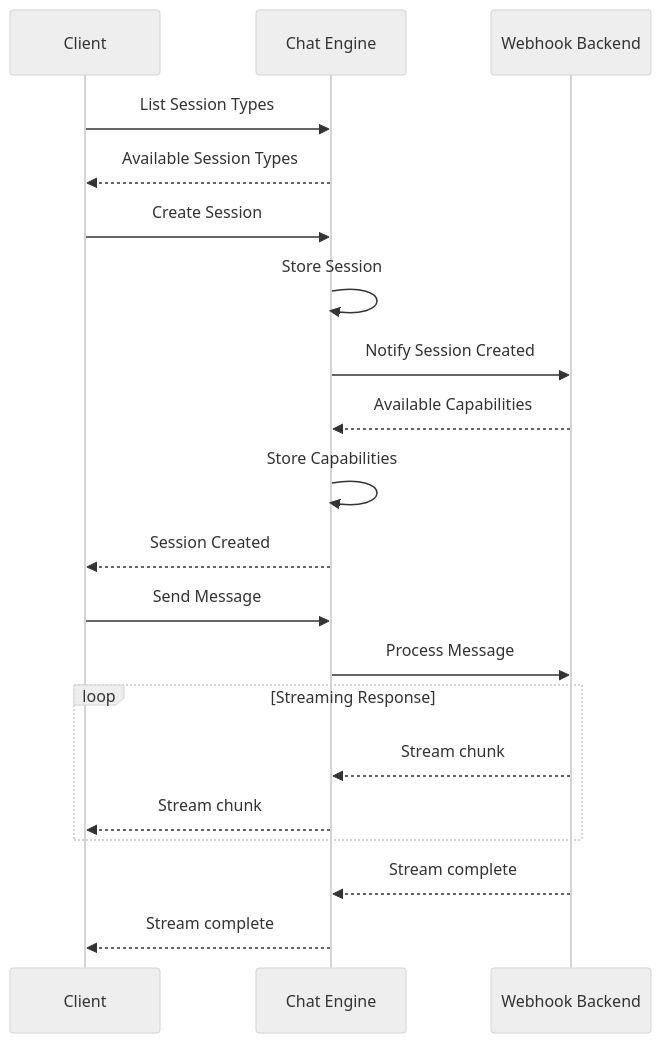
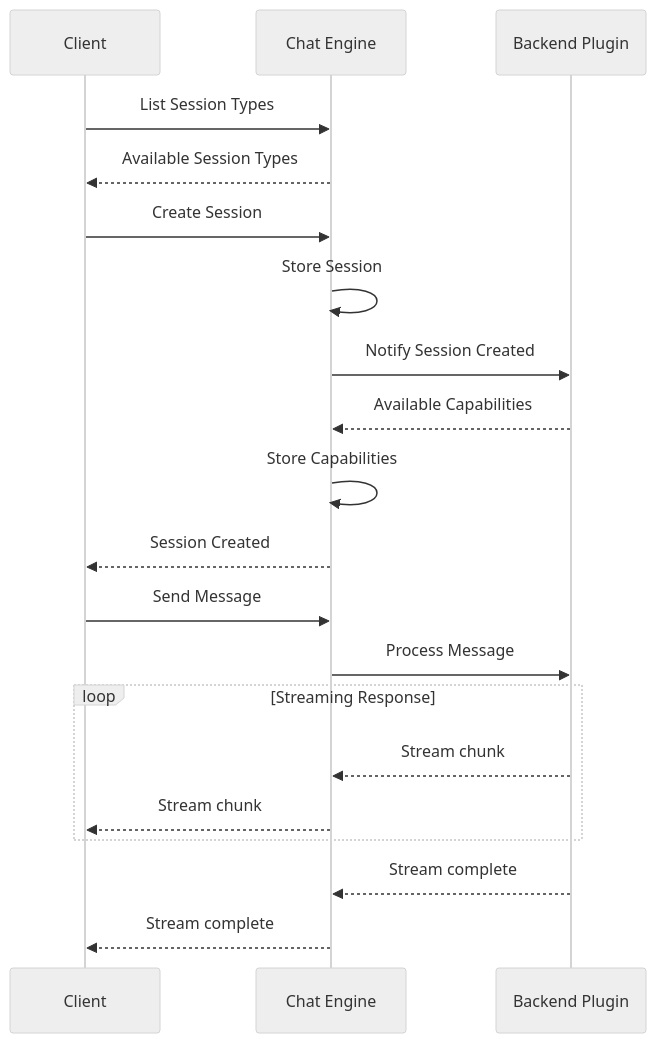
The third of 16 diagrams in modules/chat_engine/DESIGN.md (Ritmix3300/cyberfabric-core), drawn with Mermaid (neutral theme) before and after one commit. The commit also changed other lines of this file and 26 other files, not shown here.

Commit message:
replace webhook backend with backend plugin

````diff
--- a/modules/chat_engine/DESIGN.md
+++ b/modules/chat_engine/DESIGN.md
@@ -539,30 +535,30 @@
 ```mermaid
 sequenceDiagram
     participant Client
     participant Chat Engine
-    participant Webhook Backend
+    participant Backend Plugin
 
     Client->>Chat Engine: List Session Types
     Chat Engine-->>Client: Available Session Types
 
     Client->>Chat Engine: Create Session
 
     Chat Engine->>Chat Engine: Store Session
-    Chat Engine->>Webhook Backend: Notify Session Created
-    Webhook Backend-->>Chat Engine: Available Capabilities
+    Chat Engine->>Backend Plugin: Notify Session Created
+    Backend Plugin-->>Chat Engine: Available Capabilities
 
     Chat Engine->>Chat Engine: Store Capabilities
     Chat Engine-->>Client: Session Created
 
     Client->>Chat Engine: Send Message
 
-    Chat Engine->>Webhook Backend: Process Message
+    Chat Engine->>Backend Plugin: Process Message
 
     loop Streaming Response
-        Webhook Backend-->>Chat Engine: Stream chunk
+        Backend Plugin-->>Chat Engine: Stream chunk
         Chat Engine-->>Client: Stream chunk
     end
 
-    Webhook Backend-->>Chat Engine: Stream complete
+    Backend Plugin-->>Chat Engine: Stream complete
     Chat Engine-->>Client: Stream complete
 ```
````
